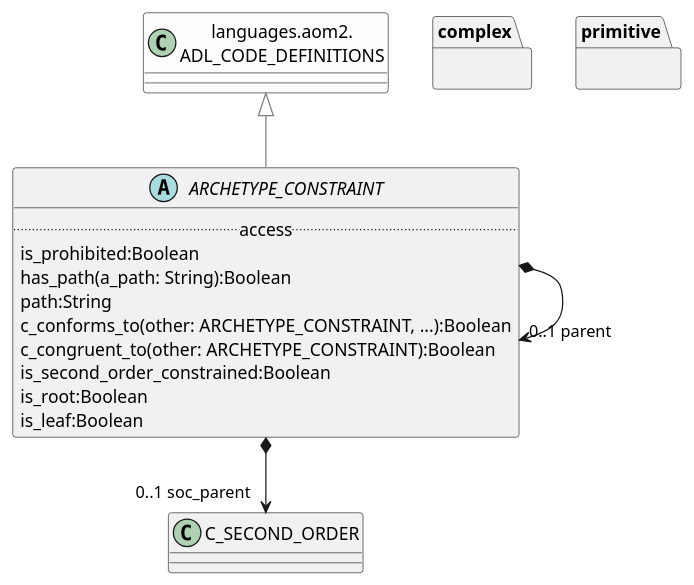
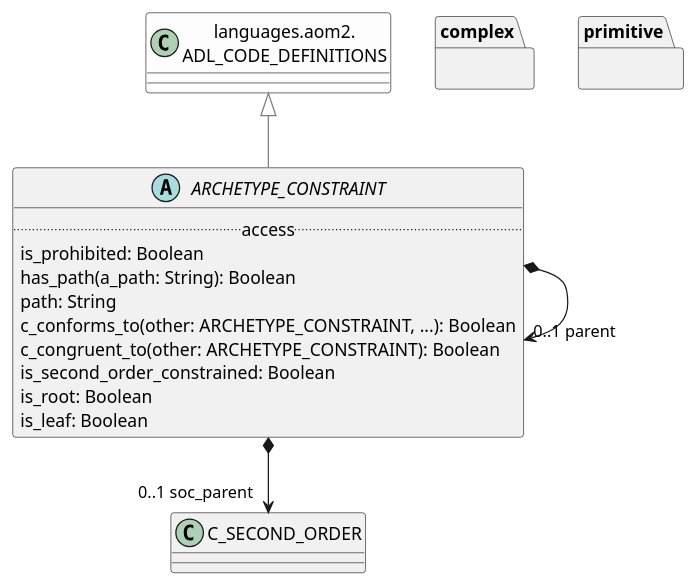
Before and after one commit to wolandscat/openehr-doc: the diagram in modules/ROOT/examples/bmm/languages/aom2/constraint_model/constraint_model-package-uml.adoc, drawn with PlantUML. The commit also changed 293 other files, not shown here.

Commit message:
Regen with tweaks to UML output and correct metatypes for nested generics.

```diff
--- a/modules/ROOT/examples/bmm/languages/aom2/constraint_model/constraint_model-package-uml.adoc
+++ b/modules/ROOT/examples/bmm/languages/aom2/constraint_model/constraint_model-package-uml.adoc
@@ -3,34 +3,34 @@
 [plantuml,opts=interactive,link=self]
 ....
 skinparam groupInheritance 2
 skinparam citedClassColor #FDFDFD
 
 
 abstract class ARCHETYPE_CONSTRAINT [[/openehr-doc/latest/languages/aom2-gen.html#_class_archetype_constraint]] {
         .. access ..
-        is_prohibited:Boolean
-        has_path(a_path: String):Boolean
-        path:String
-        c_conforms_to(other: ARCHETYPE_CONSTRAINT, ...):Boolean
-        c_congruent_to(other: ARCHETYPE_CONSTRAINT):Boolean
-        is_second_order_constrained:Boolean
-        is_root:Boolean
-        is_leaf:Boolean
+        is_prohibited: Boolean
+        has_path(a_path: String): Boolean
+        path: String
+        c_conforms_to(other: ARCHETYPE_CONSTRAINT, ...): Boolean
+        c_congruent_to(other: ARCHETYPE_CONSTRAINT): Boolean
+        is_second_order_constrained: Boolean
+        is_root: Boolean
+        is_leaf: Boolean
 }
 
 ARCHETYPE_CONSTRAINT -[#gray]up-|> ADL_CODE_DEFINITIONS  
 
 
 ARCHETYPE_CONSTRAINT *--> "0..1 parent" ARCHETYPE_CONSTRAINT
 
 ARCHETYPE_CONSTRAINT *--> "0..1 soc_parent" C_SECOND_ORDER
 class "languages.aom2.\nADL_CODE_DEFINITIONS" as ADL_CODE_DEFINITIONS  [[/openehr-doc/latest/languages/aom2-gen.html#_class_adl_code_definitions]] #FDFDFD {
 }
 
 package complex {
 }
 
 package primitive {
 }
 
 ....
```
